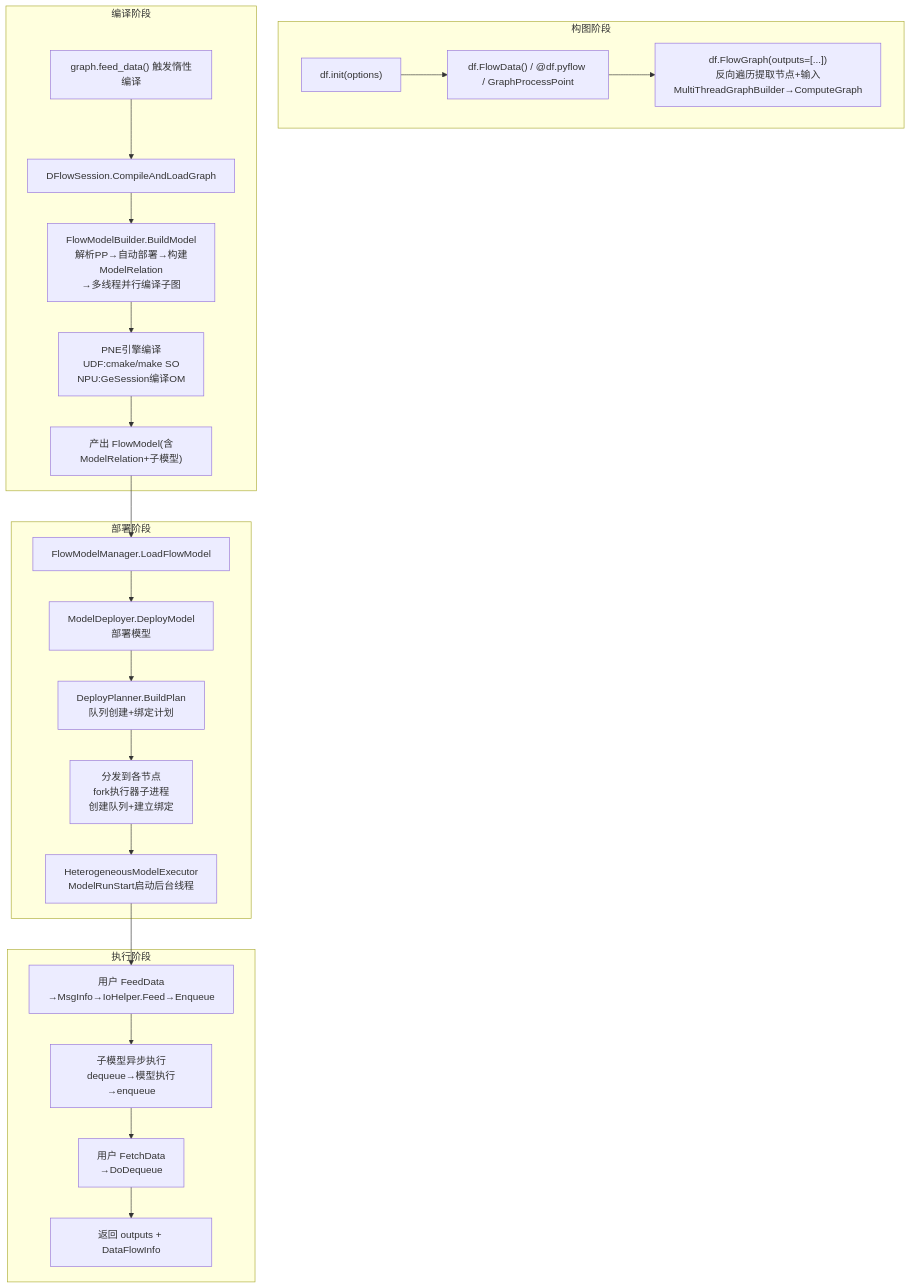
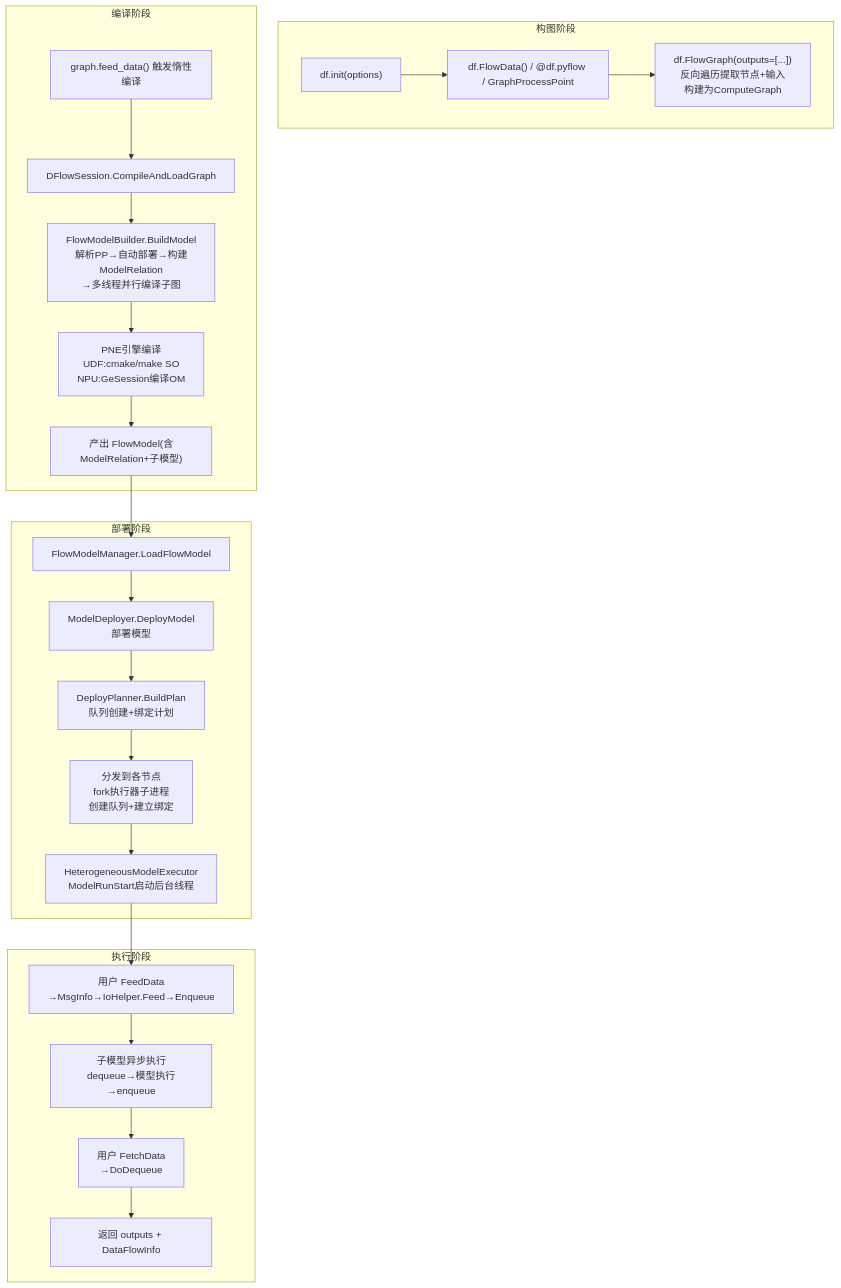
Before and after one commit to hicann/ge: the eighth of 8 diagrams in docs/zh/design/modules/dflow/dflow.md, drawn with Mermaid. The commit also changed other lines of this file and 1 other file, not shown here.

````diff
--- a/docs/zh/design/modules/dflow/dflow.md
+++ b/docs/zh/design/modules/dflow/dflow.md
@@ -624,26 +624,26 @@
 ```mermaid
 flowchart TD
     subgraph 构图阶段
         A1["df.init(options)"] --> A2["df.FlowData() / @df.pyflow / GraphProcessPoint"]
-        A2 --> A3["df.FlowGraph(outputs=[...])<br/>反向遍历提取节点+输入<br/>MultiThreadGraphBuilder→ComputeGraph"]
+        A2 --> A3["df.FlowGraph(outputs=[...])<br/>反向遍历提取节点+输入<br/>构建为ComputeGraph"]
     end
     subgraph 编译阶段
         B1["graph.feed_data() 触发惰性编译"] --> B2["DFlowSession.CompileAndLoadGraph"]
         B2 --> B3["FlowModelBuilder.BuildModel<br/>解析PP→自动部署→构建ModelRelation<br/>→多线程并行编译子图"]
         B3 --> B4["PNE引擎编译<br/>UDF:cmake/make SO<br/>NPU:GeSession编译OM"]
         B4 --> B5["产出 FlowModel(含ModelRelation+子模型)"]
     end
     subgraph 部署阶段
         B5 --> C1["FlowModelManager.LoadFlowModel"]
         C1 --> C2["ModelDeployer.DeployModel<br/>部署模型"]
         C2 --> C3["DeployPlanner.BuildPlan<br/>队列创建+绑定计划"]
         C3 --> C4["分发到各节点<br/>fork执行器子进程<br/>创建队列+建立绑定"]
         C4 --> C5["HeterogeneousModelExecutor<br/>ModelRunStart启动后台线程"]
     end
     subgraph 执行阶段
         C5 --> D1["用户 FeedData<br/>→MsgInfo→IoHelper.Feed→Enqueue"]
         D1 --> D2["子模型异步执行<br/>dequeue→模型执行→enqueue"]
         D2 --> D3["用户 FetchData<br/>→DoDequeue"]
         D3 --> D4["返回 outputs + DataFlowInfo"]
     end
 ```
````
